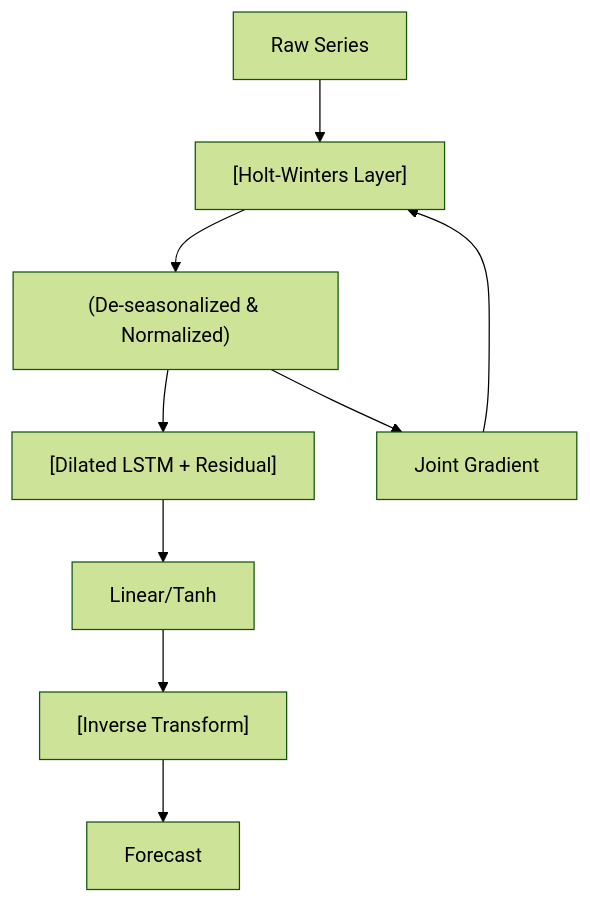
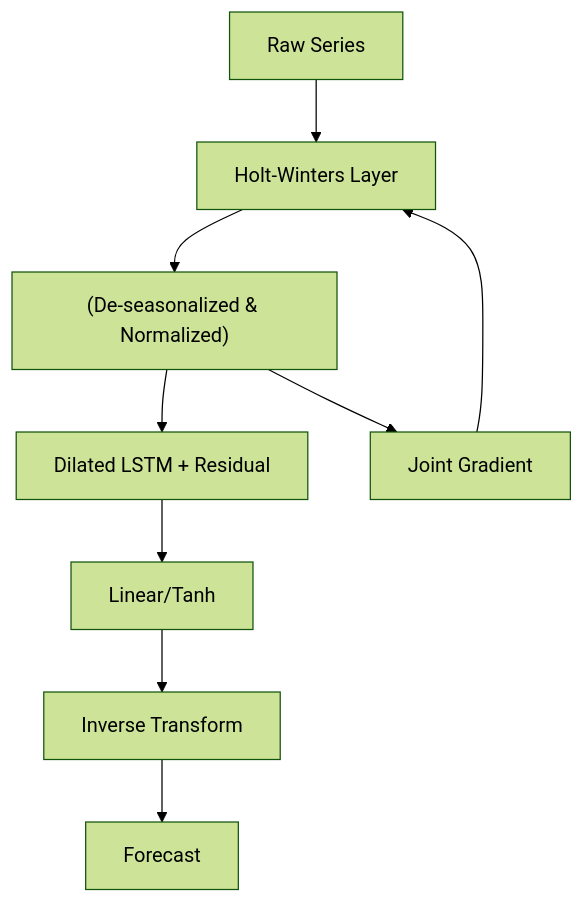
The diagram in foundations/time-series-forecasting/es-rnn.md (sou350121/Trading-Handbook), drawn with Mermaid (forest theme) before and after one commit. The commit also changed 191 other files, not shown here.

First line of the commit message:
render: fix math + mermaid for GitHub across the corpus (188 pages)

````diff
--- a/foundations/time-series-forecasting/es-rnn.md
+++ b/foundations/time-series-forecasting/es-rnn.md
@@ -34,11 +34,11 @@
 ```mermaid
 flowchart TD
-    A["Raw Series"] --> B["[Holt-Winters Layer]"]
-    B --> C["(De-seasonalized & Normalized)"]
-    C --> D["[Dilated LSTM + Residual]"]
+    A["Raw Series"] --> B["Holt-Winters Layer"]
+    B --> C["(De-seasonalized &amp; Normalized)"]
+    C --> D["Dilated LSTM + Residual"]
     D --> E["Linear/Tanh"]
-    E --> F["[Inverse Transform]"]
+    E --> F["Inverse Transform"]
     F --> G["Forecast"]
     C --> H["Joint Gradient"]
     H --> B
 ```
````
